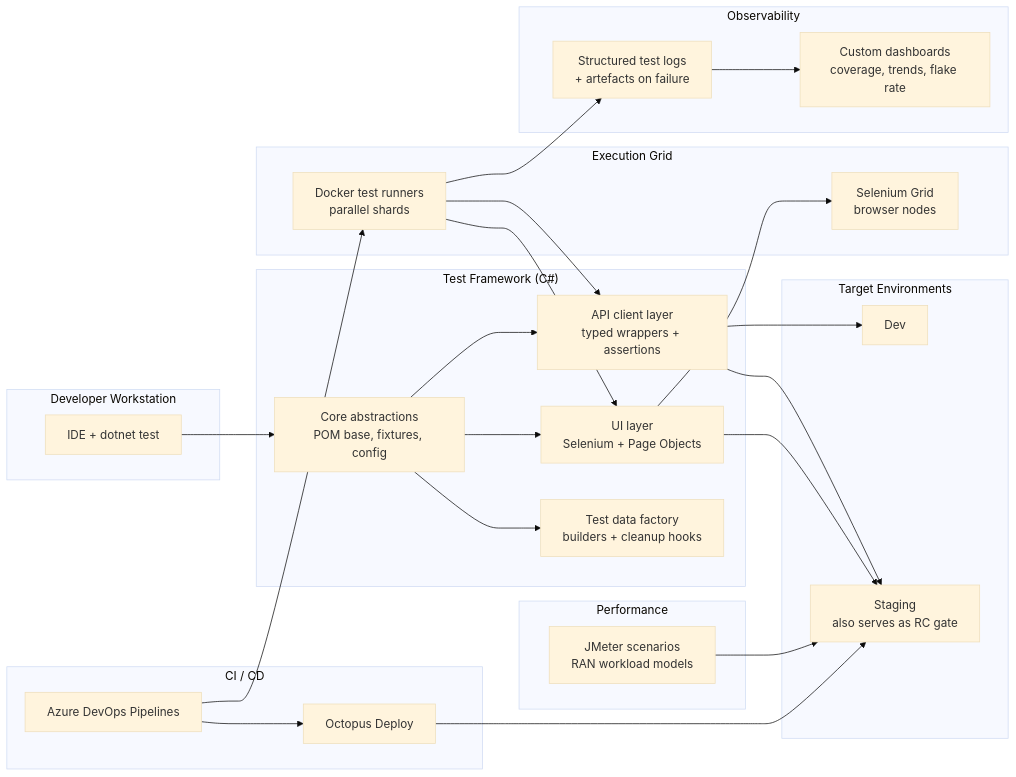
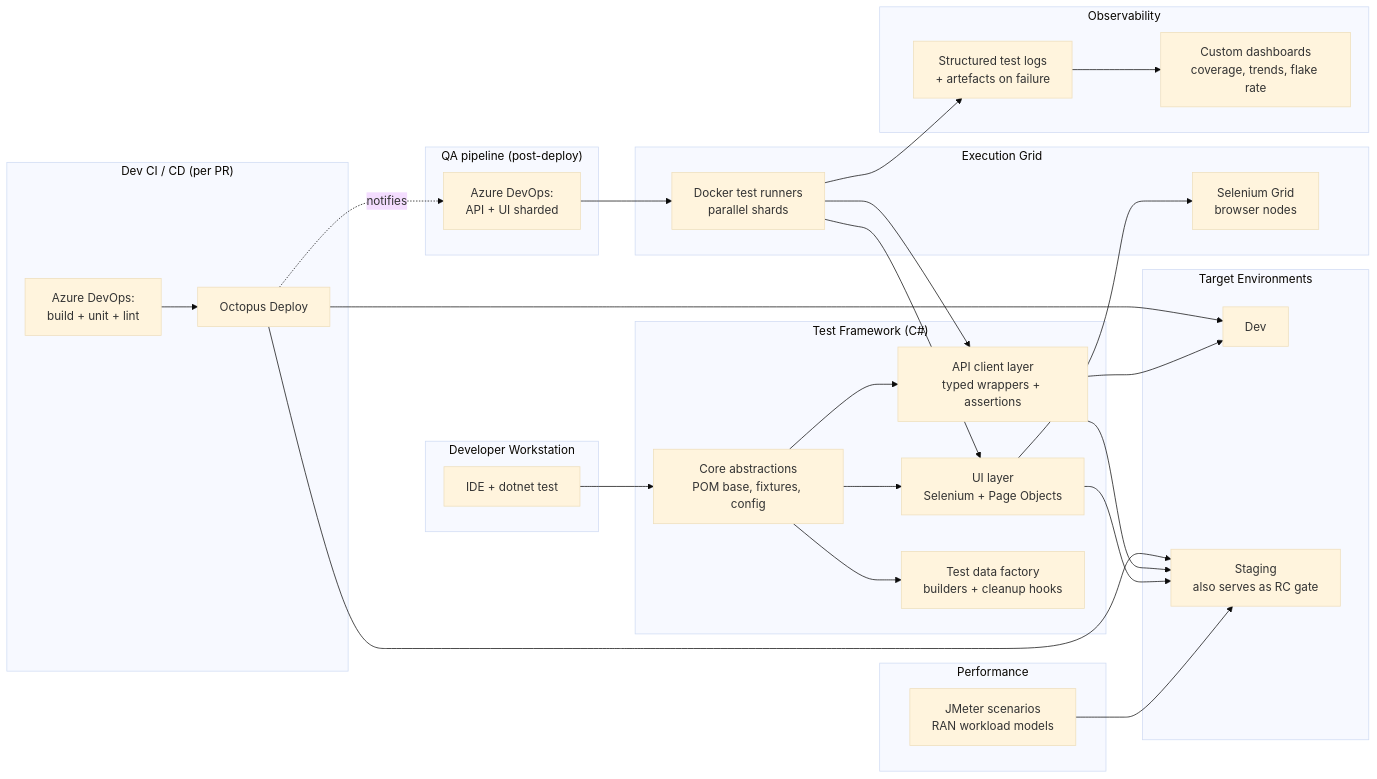
The diagram in architecture/system-architecture.md (ilidio-vatuva/qa-platform-zero-to-one), drawn with Mermaid (base theme) before and after one commit. The commit also changed other lines of this file and 16 other files, not shown here.

First line of the commit message:
docs: clarify two-pipeline reality (dev CI/CD vs QA pipeline) across all docs

````diff
--- a/architecture/system-architecture.md
+++ b/architecture/system-architecture.md
@@ -9,54 +9,60 @@
 ```mermaid
 graph LR
     subgraph DEV["Developer Workstation"]
         IDE[IDE + dotnet test]
     end
 
     subgraph FW["Test Framework (C#)"]
         CORE[Core abstractions<br/>POM base, fixtures, config]
         API_CLIENT[API client layer<br/>typed wrappers + assertions]
         UI_LAYER[UI layer<br/>Selenium + Page Objects]
         DATA[Test data factory<br/>builders + cleanup hooks]
     end
 
-    subgraph CI["CI / CD"]
-        ADO[Azure DevOps Pipelines]
+    subgraph CI_DEV["Dev CI / CD (per PR)"]
+        ADO_DEV[Azure DevOps:<br/>build + unit + lint]
         OCTO[Octopus Deploy]
+    end
+
+    subgraph CI_QA["QA pipeline (post-deploy)"]
+        ADO_QA[Azure DevOps:<br/>API + UI sharded]
     end
 
     subgraph EXEC["Execution Grid"]
         DOCKER[Docker test runners<br/>parallel shards]
         SELGRID[Selenium Grid<br/>browser nodes]
     end
 
     subgraph PERF["Performance"]
         JMETER[JMeter scenarios<br/>RAN workload models]
     end
 
     subgraph OBS["Observability"]
         DASH[Custom dashboards<br/>coverage, trends, flake rate]
         LOGS[Structured test logs<br/>+ artefacts on failure]
     end
 
     subgraph ENV["Target Environments"]
         DEV_ENV[Dev]
         STAGE[Staging<br/>also serves as RC gate]
     end
 
     IDE --> CORE
     CORE --> API_CLIENT
     CORE --> UI_LAYER
     CORE --> DATA
-    ADO --> DOCKER
+    ADO_DEV --> OCTO
+    OCTO --> DEV_ENV
+    OCTO --> STAGE
+    OCTO -.notifies.-> ADO_QA
+    ADO_QA --> DOCKER
     DOCKER --> API_CLIENT
     DOCKER --> UI_LAYER
     UI_LAYER --> SELGRID
     API_CLIENT --> DEV_ENV
     API_CLIENT --> STAGE
     UI_LAYER --> STAGE
     JMETER --> STAGE
     DOCKER --> LOGS
     LOGS --> DASH
-    ADO --> OCTO
-    OCTO --> STAGE
 ```
````
